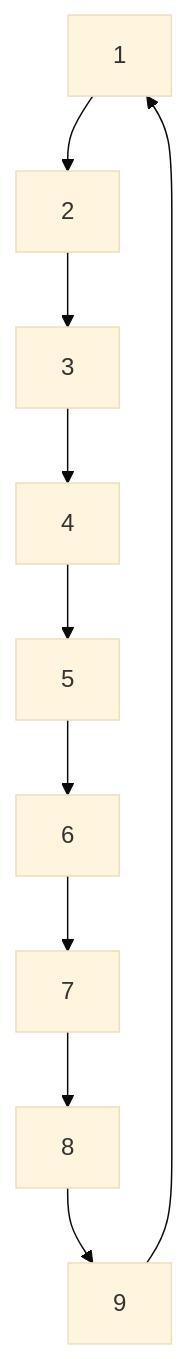
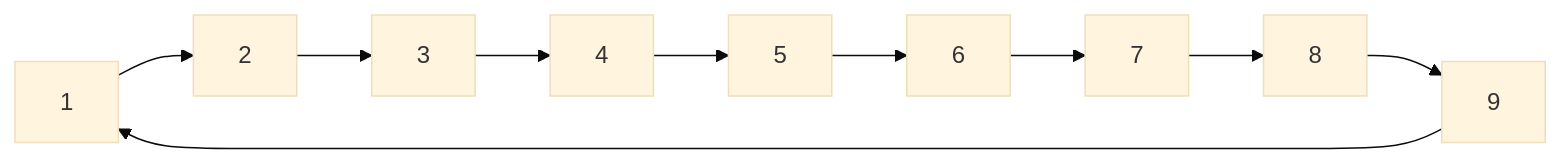
One commit to bfeitknecht/vault changed the diagram in vault/sem2/AuW/UE/u/bf/AuW-u02-bf.md. Above: the diagram before and after it, drawn with Mermaid (base theme). The commit also changed other lines of this file, not shown here.

````diff
--- a/vault/sem2/AuW/UE/u/bf/AuW-u02-bf.md
+++ b/vault/sem2/AuW/UE/u/bf/AuW-u02-bf.md
@@ -11,4 +11,4 @@
 ```mermaid
-graph TD;
+graph LR;
 1-->2-->3-->4-->5-->6-->7-->8-->9-->1;
 ```
````
